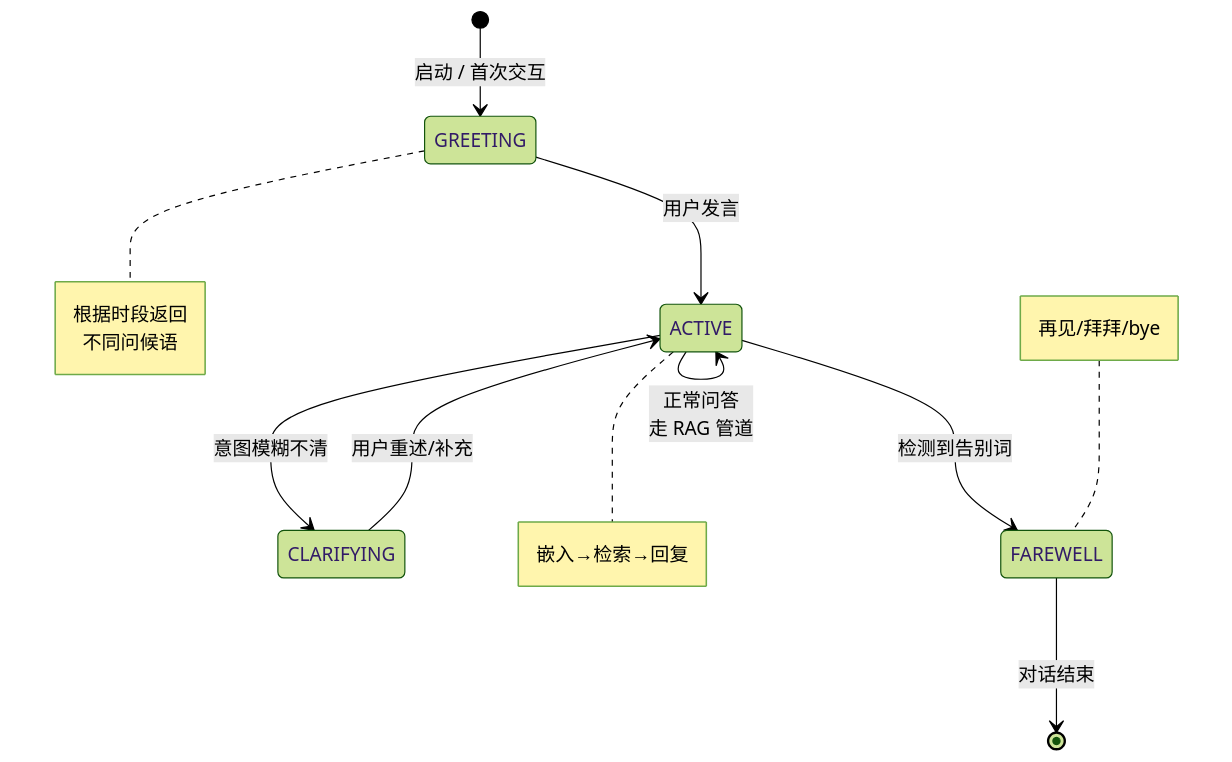
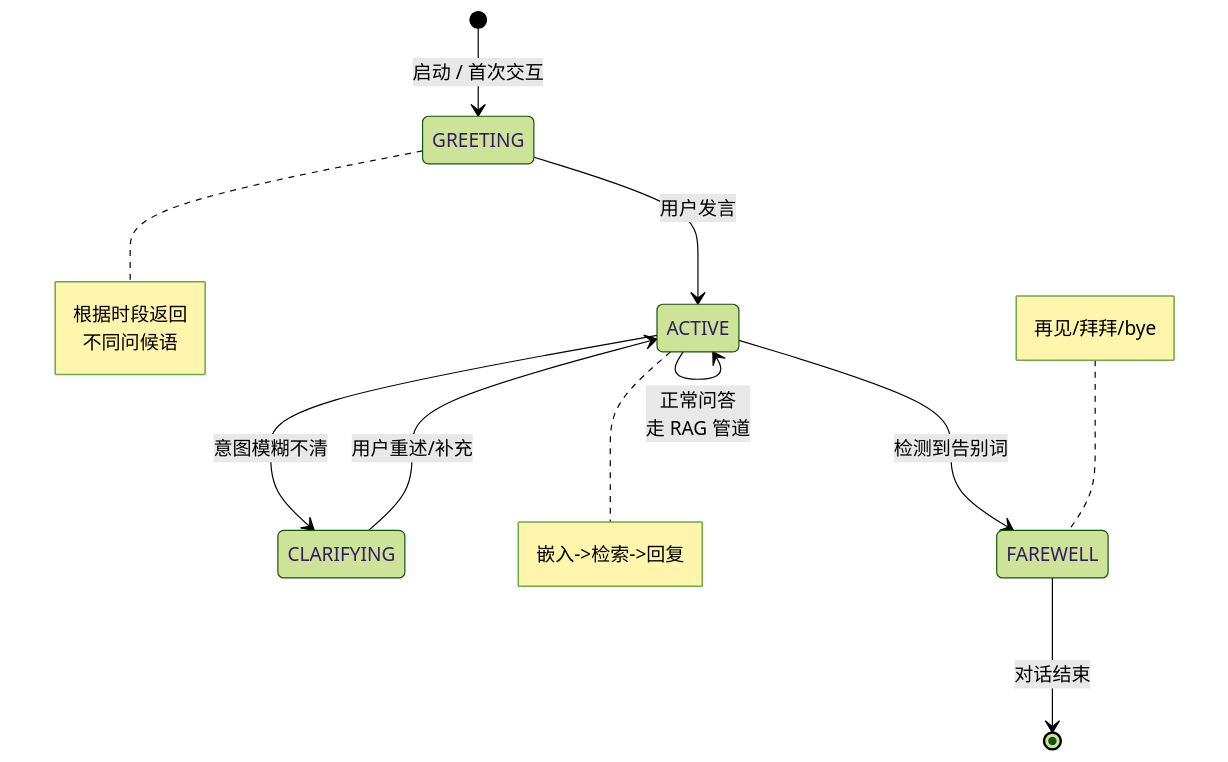
The fifth of 7 diagrams in src/experiment/case9.md (zhouxzh/Ascend310), drawn with Mermaid (forest theme) before and after one commit. The commit also changed other lines of this file and 51 other files, not shown here.

````diff
--- a/src/experiment/case9.md
+++ b/src/experiment/case9.md
@@ -511,14 +511,14 @@
 ```mermaid
 stateDiagram-v2
     [*] --> GREETING: 启动 / 首次交互
     GREETING --> ACTIVE: 用户发言
     ACTIVE --> ACTIVE: 正常问答<br/>走 RAG 管道
     ACTIVE --> CLARIFYING: 意图模糊不清
     CLARIFYING --> ACTIVE: 用户重述/补充
     ACTIVE --> FAREWELL: 检测到告别词
     FAREWELL --> [*]: 对话结束
 
     note right of GREETING: 根据时段返回<br/>不同问候语
-    note right of ACTIVE: 嵌入→检索→回复
+    note right of ACTIVE: 嵌入->检索->回复
     note left of FAREWELL: 再见/拜拜/bye
 ```
````
